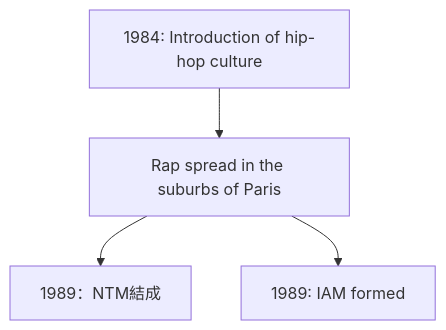
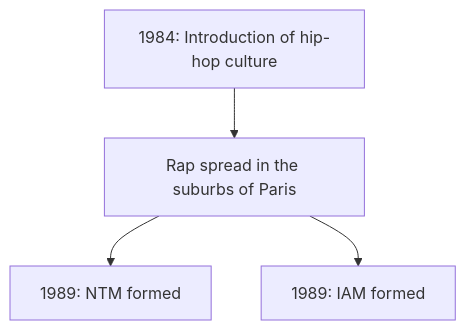
Before and after one commit to monumental-movement/monumental-movement.github.io: the first of 3 diagrams in en/_posts/2025-11-26-column-french-hiphop.md, drawn with Mermaid. The commit also changed other lines of this file and 274 other files, not shown here.

```diff
--- a/en/_posts/2025-11-26-column-french-hiphop.md
+++ b/en/_posts/2025-11-26-column-french-hiphop.md
@@ -68,6 +68,6 @@
 <div class="mermaid">
 flowchart TD
     A[1984: Introduction of hip-hop culture] --> B[Rap spread in the suburbs of Paris]
-    B --> C[1989：NTM結成]
+    B --> C[1989: NTM formed]
     B --> D[1989: IAM formed]
 </div>
```
